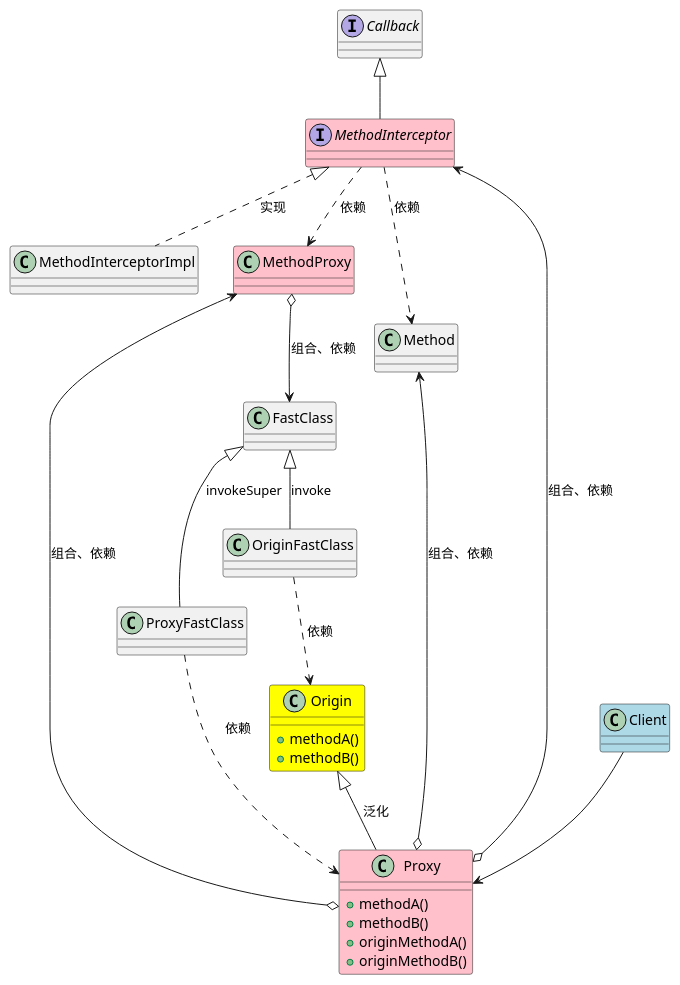
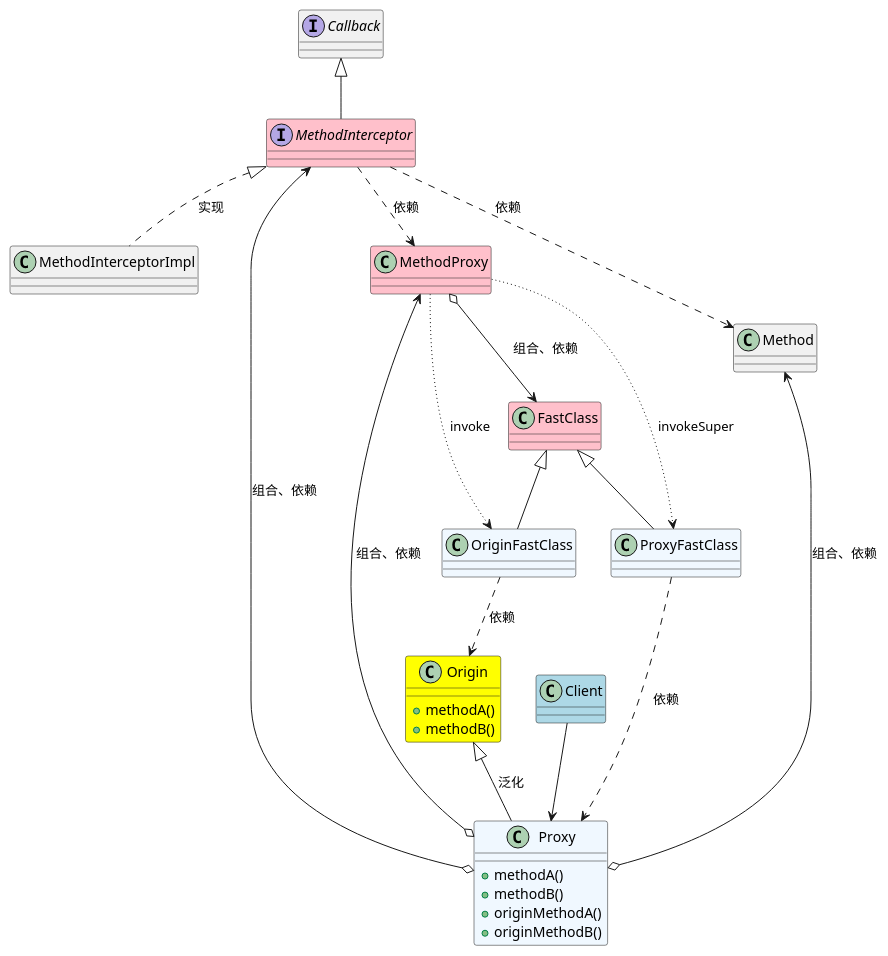
Before and after one commit to wuxiongbo/design_patterns: the diagram in src/main/java/chapter48/cglib.puml, drawn with PlantUML.

Commit message:
调整

```diff
--- a/src/main/java/chapter48/cglib.puml
+++ b/src/main/java/chapter48/cglib.puml
@@ -1,52 +1,54 @@
 @startuml
 'https://plantuml.com/class-diagram
 'MethodProxy 中包含了：
 '   原方法名对应方法的签名 和 生成方法名对应方法的签名
 '   原方法名对应方法的索引 和 生成方法名对应方法的索引
 '   被代理类class对象、代理类class对象
 
 '调用 proxy 的方法时，决定了 传入拦截器 的 MethodProxy。
 '因此，只要知道了对应的 MethodProxy，就可以同时知道 原方法名、生成方法名 的索引及签名
 '通常，代理方法 methodA、methodB 供外部调用，内部生成方法 CGLIB${xxx}${num} 供内部调用
 
 interface Callback
 interface MethodInterceptor #pink extends Callback
 class MethodInterceptorImpl
 
 
-class Proxy  #pink {
+class Proxy  #aliceblue {
     + methodA()
     + methodB()
     + originMethodA()
     + originMethodB()
 }
 
 class Origin #yellow{
     + methodA()
     + methodB()
 }
 class Client #lightblue
 class MethodProxy #pink
 class FastClass #pink
-class ProxyFastClass
-class FastClass
-class OriginFastClass
+class ProxyFastClass #aliceblue
+class FastClass #pink
+class OriginFastClass #aliceblue
 
 class Method
 
 MethodInterceptor <|.. MethodInterceptorImpl : 实现
 Proxy o--> MethodInterceptor : 组合、依赖
 MethodProxy o--> FastClass : 组合、依赖
 MethodInterceptor ..> MethodProxy : 依赖
 MethodInterceptor ..> Method : 依赖
 Proxy o--> MethodProxy : 组合、依赖
 Method <--o Proxy : 组合、依赖
 Origin <|-- Proxy : 泛化
 OriginFastClass ..> Origin : 依赖
 ProxyFastClass ..> Proxy : 依赖
-FastClass <|-- ProxyFastClass : invokeSuper
-FastClass <|-- OriginFastClass : invoke
+FastClass <|-- ProxyFastClass
+FastClass <|-- OriginFastClass
+MethodProxy --> ProxyFastClass #line.dotted : invokeSuper
+MethodProxy --> OriginFastClass #line.dotted : invoke
 
 Client --> Proxy
 
 @enduml
```
